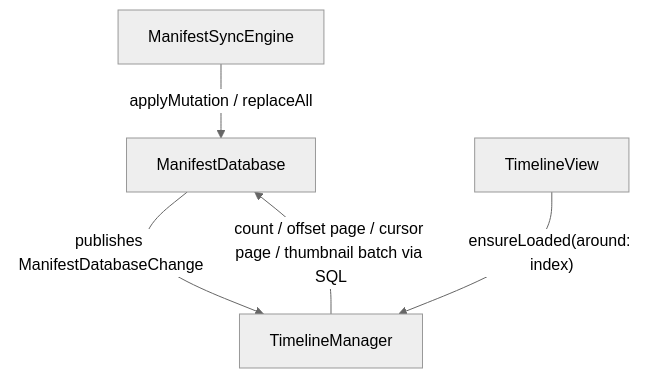
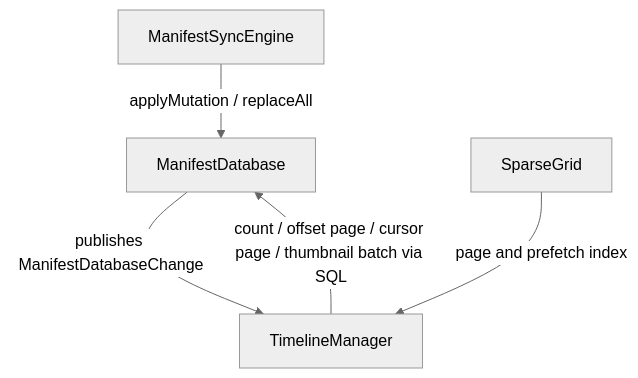
The diagram in docs/docs/replycant-ios/sqlite-manifest-cache.md (mr-andreas/replycant), drawn with Mermaid (neutral theme) before and after one commit. The commit also changed other lines of this file and 18 other files, not shown here.

First line of the commit message:
iosapp: move the sparse index grid into its own package

````diff
--- a/docs/docs/replycant-ios/sqlite-manifest-cache.md
+++ b/docs/docs/replycant-ios/sqlite-manifest-cache.md
@@ -15,7 +15,7 @@
 ```mermaid
 flowchart TD
     SyncEngine["ManifestSyncEngine"] -->|"applyMutation / replaceAll"| ManifestDB["ManifestDatabase"]
     ManifestDB -->|"publishes ManifestDatabaseChange"| TimelineMgr["TimelineManager"]
-    TimelineView["TimelineView"] -->|"ensureLoaded(around: index)"| TimelineMgr
+    Grid["SparseGrid"] -->|"page and prefetch index"| TimelineMgr
     TimelineMgr -->|"count / offset page / cursor page / thumbnail batch via SQL"| ManifestDB
 ```
````
